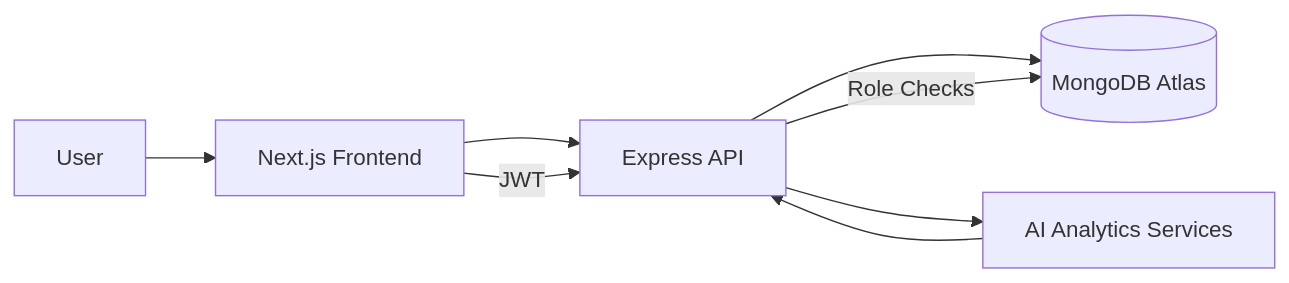
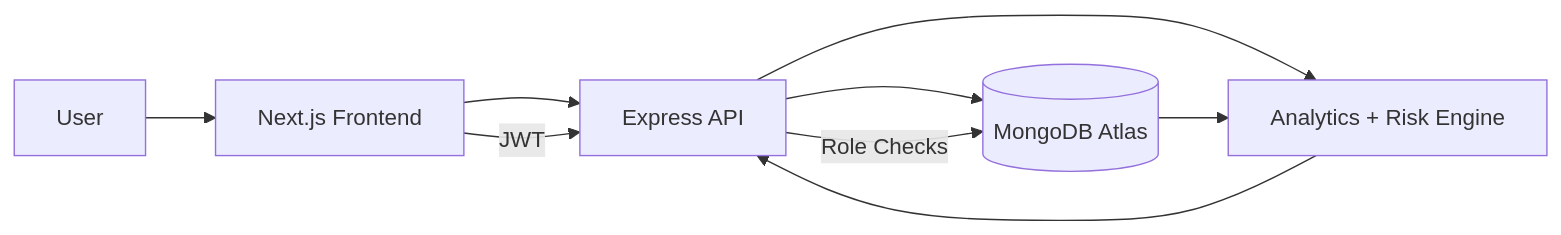
One commit to SRIXENO/Smart-performance-dashboard changed the first of 2 diagrams in README.md. Above: the diagram before and after it, drawn with Mermaid.

Commit message:
docs: clarify system workflow analytics

````diff
--- a/README.md
+++ b/README.md
@@ -69,10 +69,11 @@
 ```mermaid
 flowchart LR
   U[User] --> FE[Next.js Frontend]
   FE --> API[Express API]
   API --> DB[(MongoDB Atlas)]
-  API --> AI[AI Analytics Services]
+  API --> ANALYTICS[Analytics + Risk Engine]
   FE -->|JWT| API
   API -->|Role Checks| DB
-  AI --> API
+  DB --> ANALYTICS
+  ANALYTICS --> API
 ```
````
